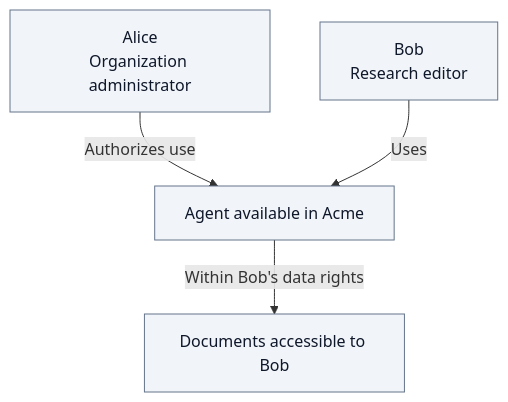
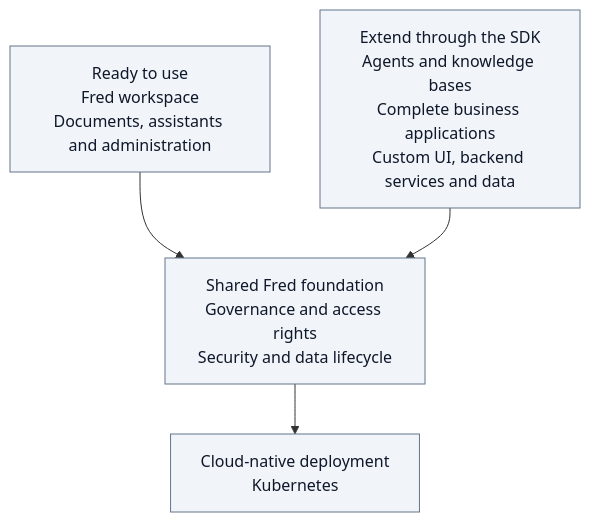
One commit to ThalesGroup/fred changed the diagram in docs/architecture/00-introduction.md. Above: the diagram before and after it, drawn with Mermaid. The commit also changed other lines of this file and 10 other files, not shown here.

````diff
--- a/docs/architecture/00-introduction.md
+++ b/docs/architecture/00-introduction.md
@@ -16,9 +13,17 @@
 ```mermaid
 flowchart TB
-    alice["Alice<br/>Organization administrator"] -->|"Authorizes use"| agent["Agent available in Acme"]
-    bob["Bob<br/>Research editor"] -->|"Uses"| agent
-    agent -->|"Within Bob's data rights"| data["Documents accessible to Bob"]
+    ready["Ready to use<br/>Fred workspace<br/>Documents, assistants and administration"]
+
+    extend["Extend through the SDK<br/>Agents and knowledge bases<br/>Complete business applications<br/>Custom UI, backend services and data"]
+
+    foundation["Shared Fred foundation<br/>Governance and access rights<br/>Security and data lifecycle"]
+
+    k8s["Cloud-native deployment<br/>Kubernetes"]
+
+    ready --> foundation
+    extend --> foundation
+    foundation --> k8s
 
     classDef neutral fill:#F1F5F9,stroke:#64748B,color:#0F172A
-    class alice,bob,agent,data neutral
+    class ready,extend,foundation,k8s neutral
 ```
````
